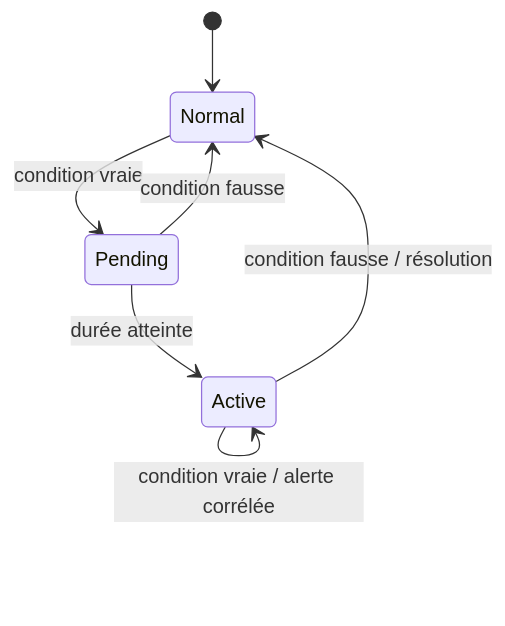
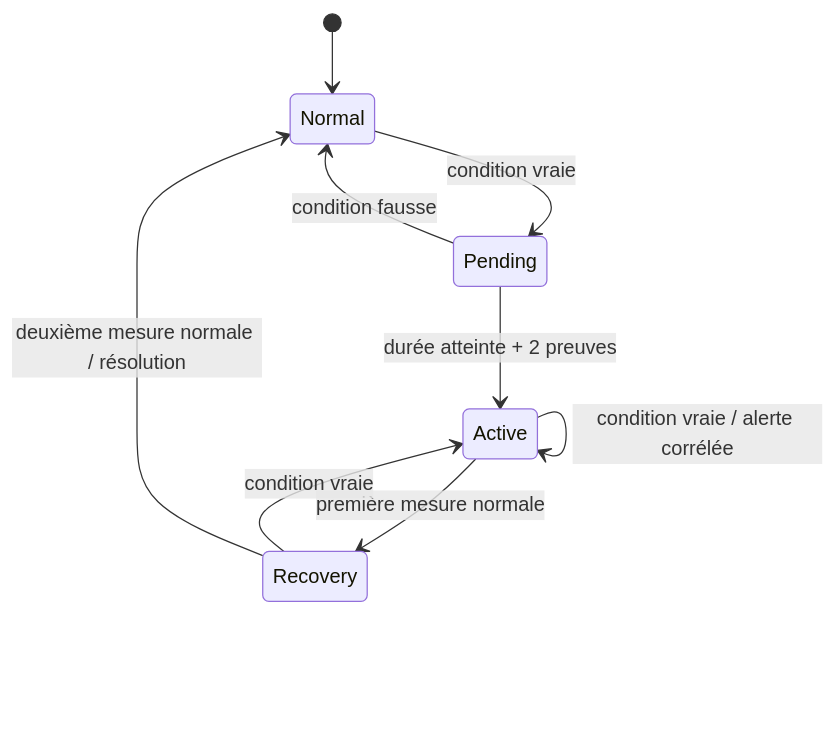
Before and after one commit to Mehdilrt12/InfraSentinel-AI: the diagram in docs/RULE_ENGINE.md, drawn with Mermaid. The commit also changed other lines of this file and 31 other files, not shown here.

````diff
--- a/docs/RULE_ENGINE.md
+++ b/docs/RULE_ENGINE.md
@@ -16,9 +18,11 @@
 ```mermaid
 stateDiagram-v2
   [*] --> Normal
   Normal --> Pending: condition vraie
   Pending --> Normal: condition fausse
-  Pending --> Active: durée atteinte
+  Pending --> Active: durée atteinte + 2 preuves
   Active --> Active: condition vraie / alerte corrélée
-  Active --> Normal: condition fausse / résolution
+  Active --> Recovery: première mesure normale
+  Recovery --> Active: condition vraie
+  Recovery --> Normal: deuxième mesure normale / résolution
 ```
````
